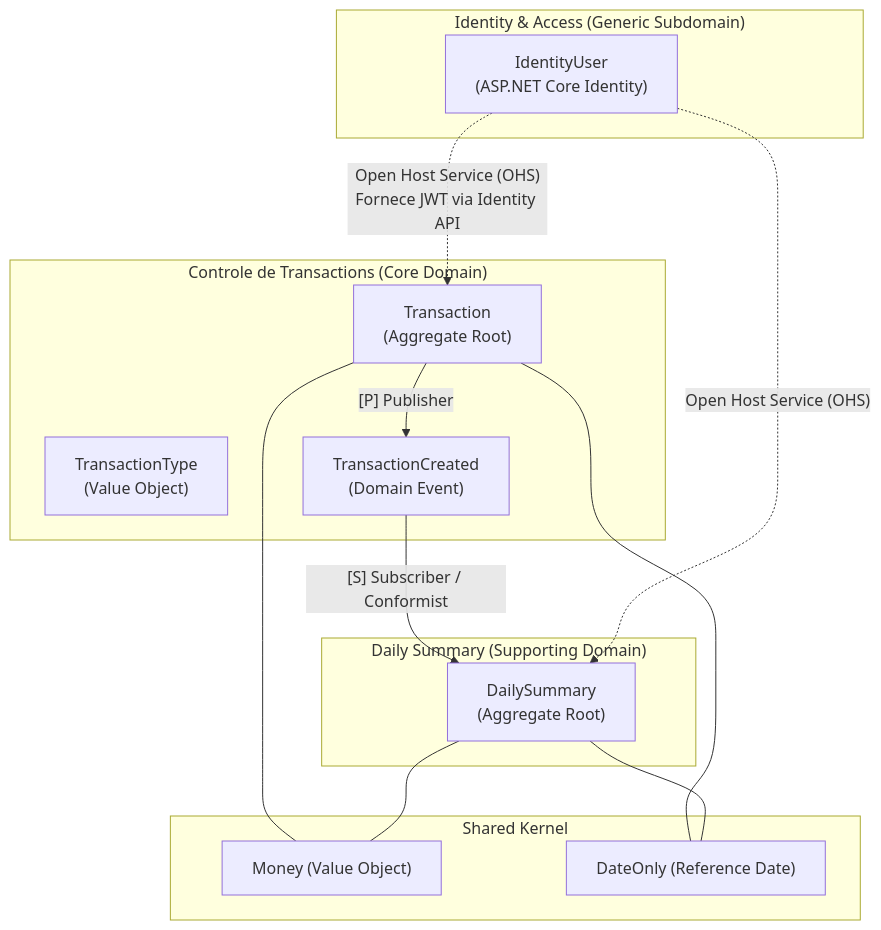
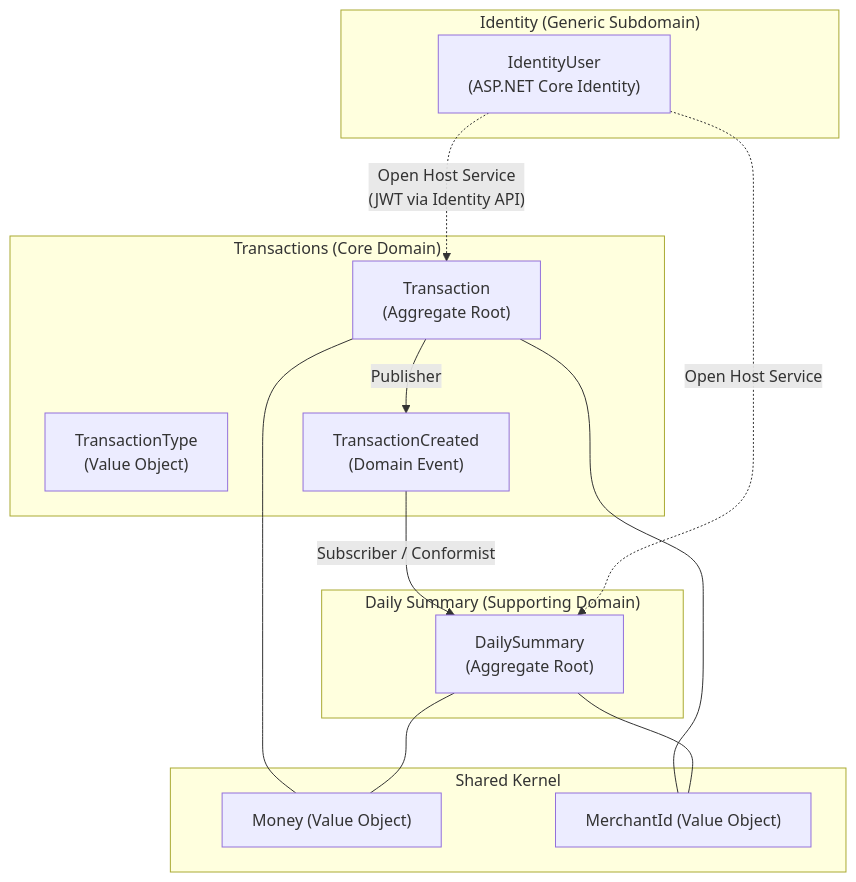
The third of 6 diagrams in docs/architecture.md (gtkpad/CashFlow), drawn with Mermaid before and after one commit. The commit also changed other lines of this file and 19 other files, not shown here.

Commit message:
refactor: update glossary for CashFlow terminology and architectural patterns

````diff
--- a/docs/architecture.md
+++ b/docs/architecture.md
@@ -243,33 +194,30 @@
 ```mermaid
 graph TD
-    subgraph "Identity & Access (Generic Subdomain)"
-        H["IdentityUser<br/>(ASP.NET Core Identity)"]
+    subgraph "Identity (Generic Subdomain)"
+        H["IdentityUser\n(ASP.NET Core Identity)"]
     end
 
-    subgraph "Controle de Transactions (Core Domain)"
-        A["Transaction<br/>(Aggregate Root)"]
-        B["TransactionType<br/>(Value Object)"]
-        C["TransactionCreated<br/>(Domain Event)"]
+    subgraph "Transactions (Core Domain)"
+        A["Transaction\n(Aggregate Root)"]
+        B["TransactionType\n(Value Object)"]
+        C["TransactionCreated\n(Domain Event)"]
     end
 
     subgraph "Daily Summary (Supporting Domain)"
-        D["DailySummary<br/>(Aggregate Root)"]
+        D["DailySummary\n(Aggregate Root)"]
     end
 
     subgraph "Shared Kernel"
         F["Money (Value Object)"]
-        G["DateOnly (Reference Date)"]
+        G["MerchantId (Value Object)"]
     end
 
-    %% Integração Estratégica (DDD)
-    A -->|"[P] Publisher"| C
-    C -->|"[S] Subscriber / Conformist"| D
-    H -.->|"Open Host Service (OHS)<br/>Fornece JWT via Identity API"| A
-    H -.->|"Open Host Service (OHS)"| D
-
-    %% Relacionamento com Shared Kernel
+    A -->|"Publisher"| C
+    C -->|"Subscriber / Conformist"| D
+    H -.->|"Open Host Service\n(JWT via Identity API)"| A
+    H -.->|"Open Host Service"| D
     A --- F
     D --- F
     A --- G
     D --- G
 ```
````
